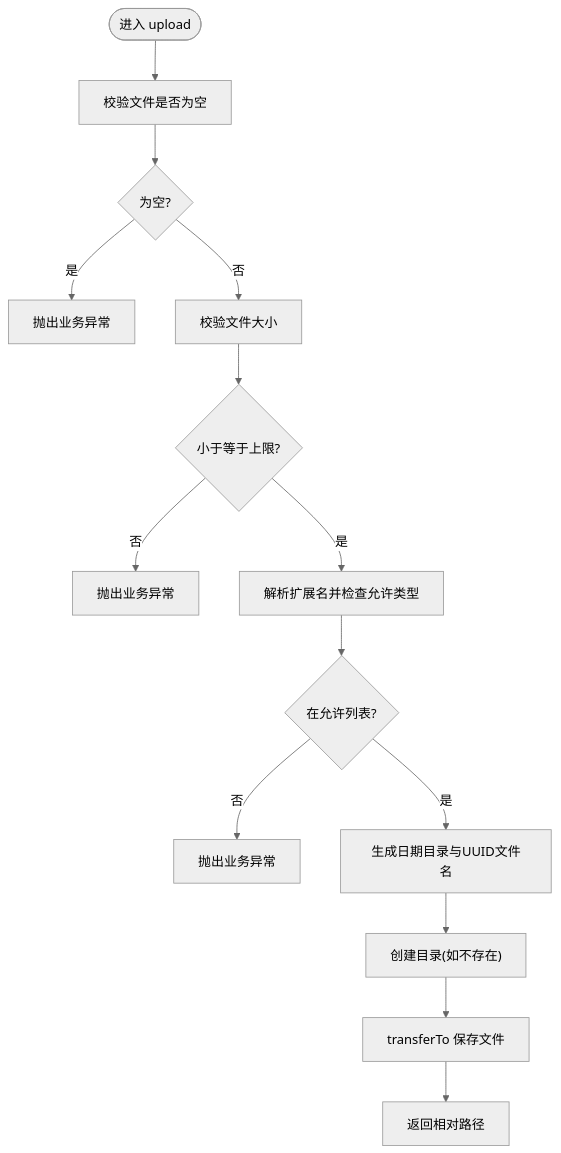
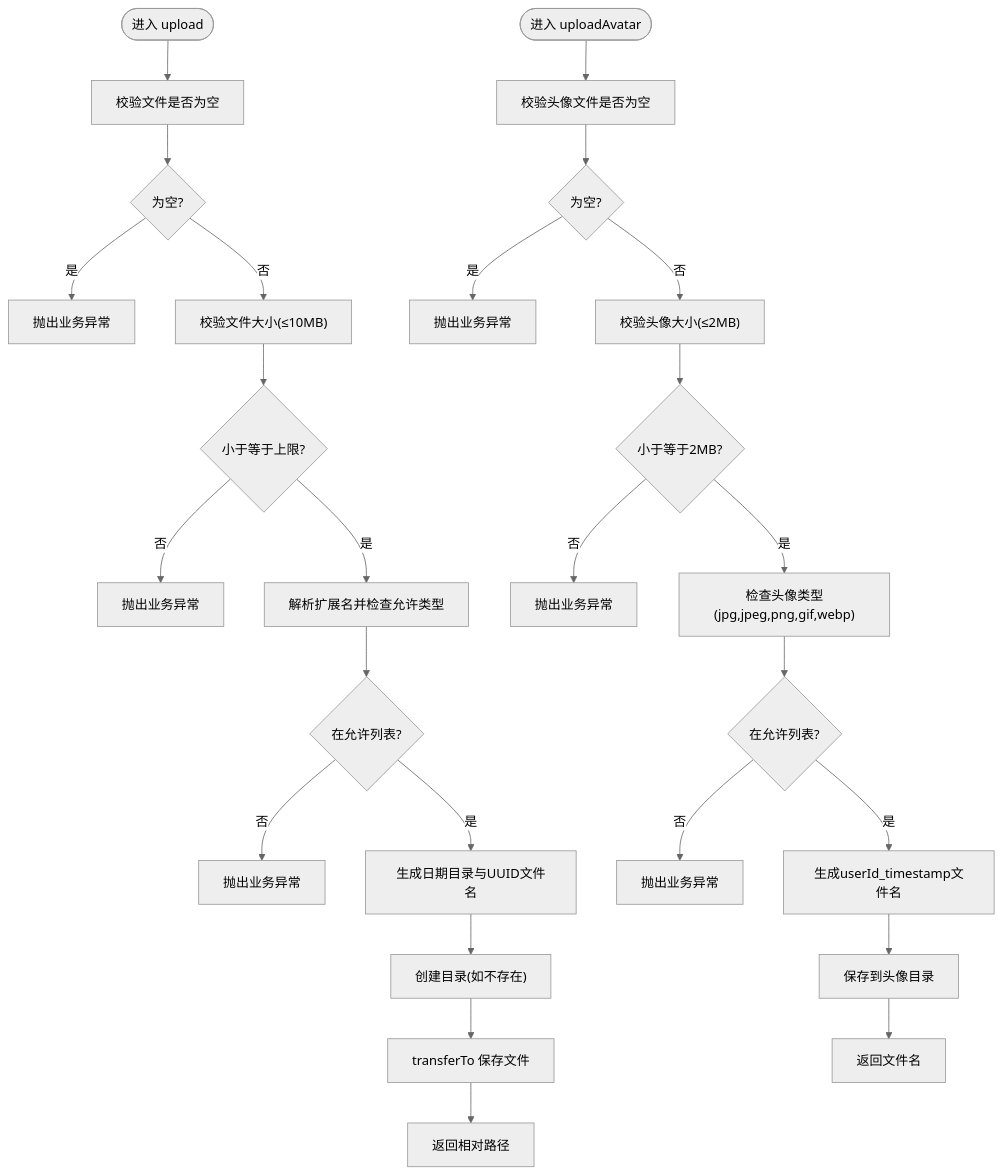
One commit to 20164206160/zhishilu changed the fifth of 6 diagrams in .qoder/repowiki/zh/content/文件上传系统.md. Above: the diagram before and after it, drawn with Mermaid (neutral theme). The commit also changed other lines of this file and 28 other files, not shown here.

````diff
--- a/.qoder/repowiki/zh/content/文件上传系统.md
+++ b/.qoder/repowiki/zh/content/文件上传系统.md
@@ -163,16 +236,28 @@
 ```mermaid
 flowchart TD
 Start(["进入 upload"]) --> CheckEmpty["校验文件是否为空"]
 CheckEmpty --> Empty{"为空?"}
 Empty --> |是| ThrowEmpty["抛出业务异常"]
-Empty --> |否| CheckSize["校验文件大小"]
+Empty --> |否| CheckSize["校验文件大小(≤10MB)"]
 CheckSize --> SizeOK{"小于等于上限?"}
 SizeOK --> |否| ThrowSize["抛出业务异常"]
 SizeOK --> |是| CheckType["解析扩展名并检查允许类型"]
 CheckType --> TypeOK{"在允许列表?"}
 TypeOK --> |否| ThrowType["抛出业务异常"]
 TypeOK --> |是| GenName["生成日期目录与UUID文件名"]
 GenName --> MkDir["创建目录(如不存在)"]
 MkDir --> Save["transferTo 保存文件"]
 Save --> Return["返回相对路径"]
+AvatarStart(["进入 uploadAvatar"]) --> CheckAvatarEmpty["校验头像文件是否为空"]
+CheckAvatarEmpty --> AvatarEmpty{"为空?"}
+AvatarEmpty --> |是| AvatarThrowEmpty["抛出业务异常"]
+AvatarEmpty --> |否| CheckAvatarSize["校验头像大小(≤2MB)"]
+CheckAvatarSize --> AvatarSizeOK{"小于等于2MB?"}
+AvatarSizeOK --> |否| AvatarThrowSize["抛出业务异常"]
+AvatarSizeOK --> |是| CheckAvatarType["检查头像类型(jpg,jpeg,png,gif,webp)"]
+CheckAvatarType --> AvatarTypeOK{"在允许列表?"}
+AvatarTypeOK --> |否| AvatarThrowType["抛出业务异常"]
+AvatarTypeOK --> |是| GenAvatarName["生成userId_timestamp文件名"]
+GenAvatarName --> SaveAvatar["保存到头像目录"]
+SaveAvatar --> ReturnAvatar["返回文件名"]
 ```
````
